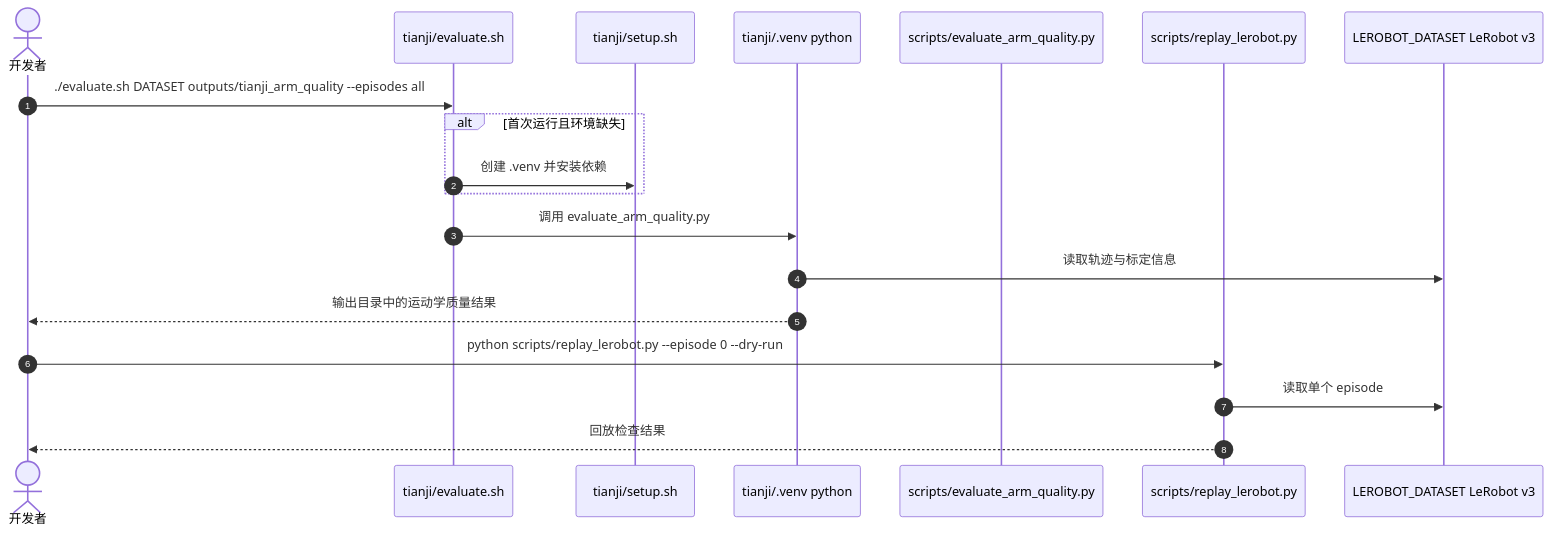
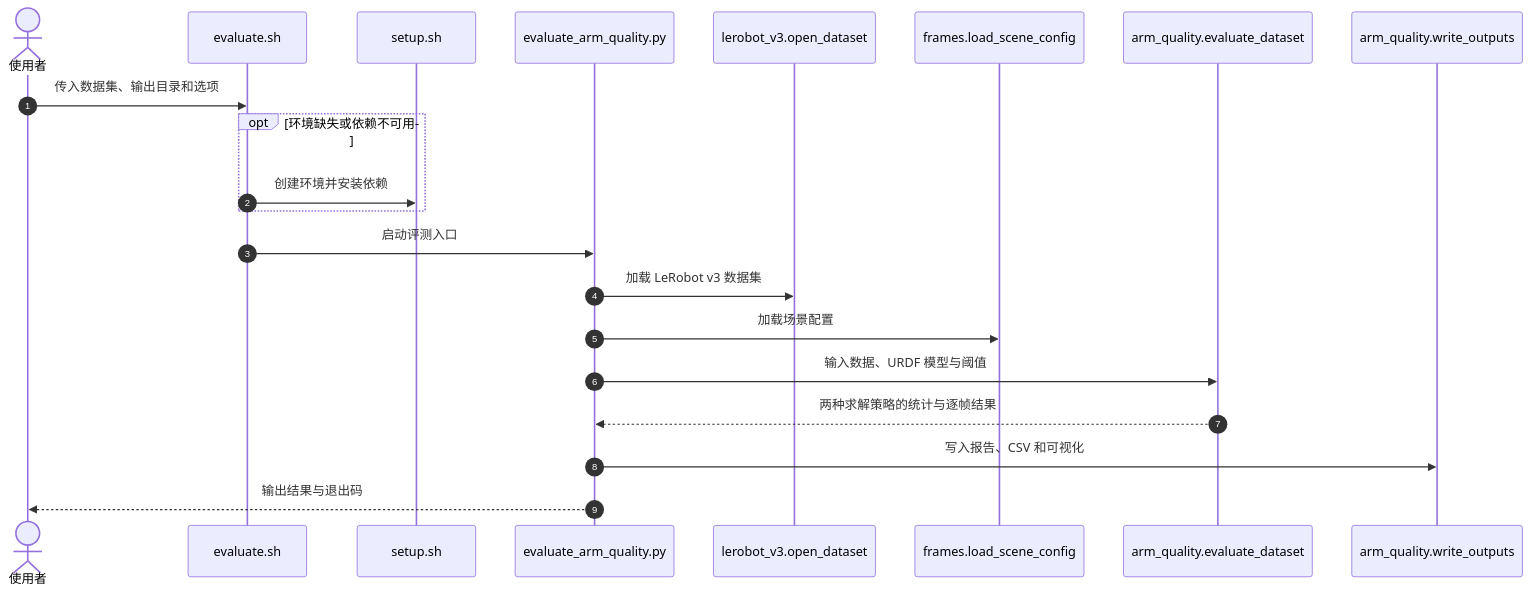
Before and after one commit to ImChong/Robotics_Notebooks: the second of 2 diagrams in wiki/entities/paper-tacclaw-infinity.md, drawn with Mermaid. The commit also changed other lines of this file, not shown here.

````diff
--- a/wiki/entities/paper-tacclaw-infinity.md
+++ b/wiki/entities/paper-tacclaw-infinity.md
@@ -78,21 +85,23 @@
 ```mermaid
 sequenceDiagram
     autonumber
-    actor Dev as 开发者
-    participant Sh as tianji/evaluate.sh
-    participant Setup as tianji/setup.sh
-    participant Venv as tianji/.venv python
-    participant Eval as scripts/evaluate_arm_quality.py
-    participant Rep as scripts/replay_lerobot.py
-    participant DS as LEROBOT_DATASET LeRobot v3
-    Dev->>Sh: ./evaluate.sh DATASET outputs/tianji_arm_quality --episodes all
-    alt 首次运行且环境缺失
-        Sh->>Setup: 创建 .venv 并安装依赖
+    actor User as 使用者
+    participant Sh as evaluate.sh
+    participant Setup as setup.sh
+    participant CLI as evaluate_arm_quality.py
+    participant Data as lerobot_v3.open_dataset
+    participant Config as frames.load_scene_config
+    participant Eval as arm_quality.evaluate_dataset
+    participant Out as arm_quality.write_outputs
+    User->>Sh: 传入数据集、输出目录和选项
+    opt 环境缺失或依赖不可用
+        Sh->>Setup: 创建环境并安装依赖
     end
-    Sh->>Venv: 调用 evaluate_arm_quality.py
-    Venv->>DS: 读取轨迹与标定信息
-    Venv-->>Dev: 输出目录中的运动学质量结果
-    Dev->>Rep: python scripts/replay_lerobot.py --episode 0 --dry-run
-    Rep->>DS: 读取单个 episode
-    Rep-->>Dev: 回放检查结果
+    Sh->>CLI: 启动评测入口
+    CLI->>Data: 加载 LeRobot v3 数据集
+    CLI->>Config: 加载场景配置
+    CLI->>Eval: 输入数据、URDF 模型与阈值
+    Eval-->>CLI: 两种求解策略的统计与逐帧结果
+    CLI->>Out: 写入报告、CSV 和可视化
+    CLI-->>User: 输出结果与退出码
 ```
````
